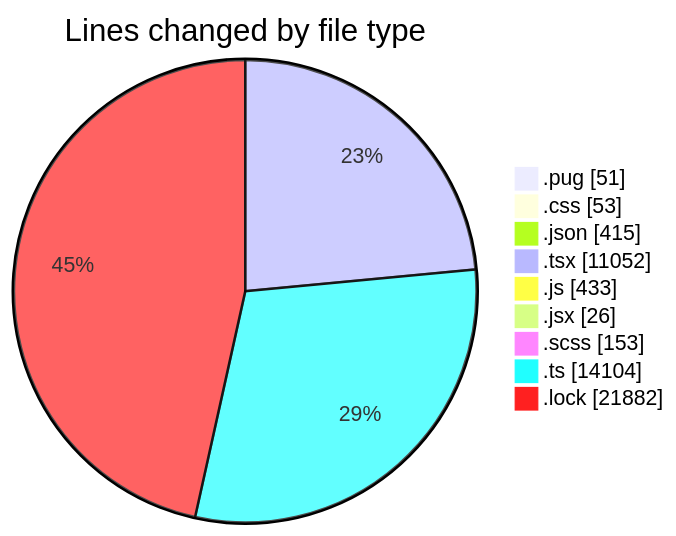
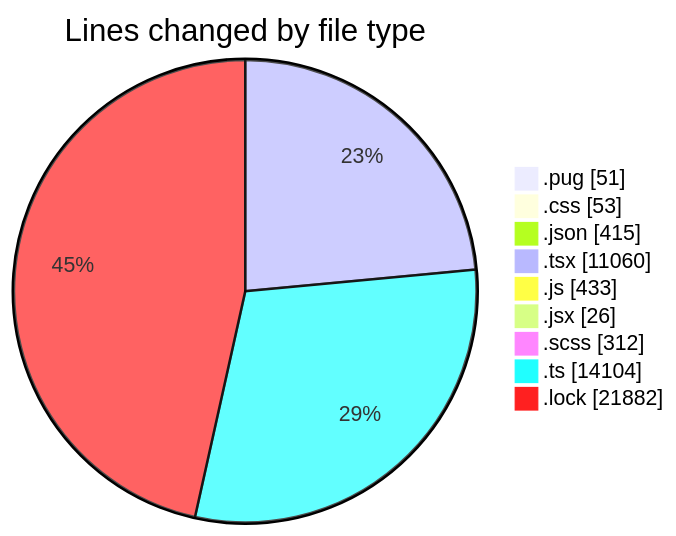
The first of 2 diagrams in 2025-11-06/cda/README.md (momahboobian/code-tracking), drawn with Mermaid before and after one commit. The commit also changed other lines of this file and 1 other file, not shown here.

````diff
--- a/2025-11-06/cda/README.md
+++ b/2025-11-06/cda/README.md
@@ -52,13 +52,13 @@
 ```mermaid
 pie showData
 title Lines changed by file type
 ".pug" : 51
 ".css" : 53
 ".json" : 415
-".tsx" : 11052
+".tsx" : 11060
 ".js" : 433
 ".jsx" : 26
-".scss" : 153
+".scss" : 312
 ".ts" : 14104
 ".lock" : 21882
 ```
````
